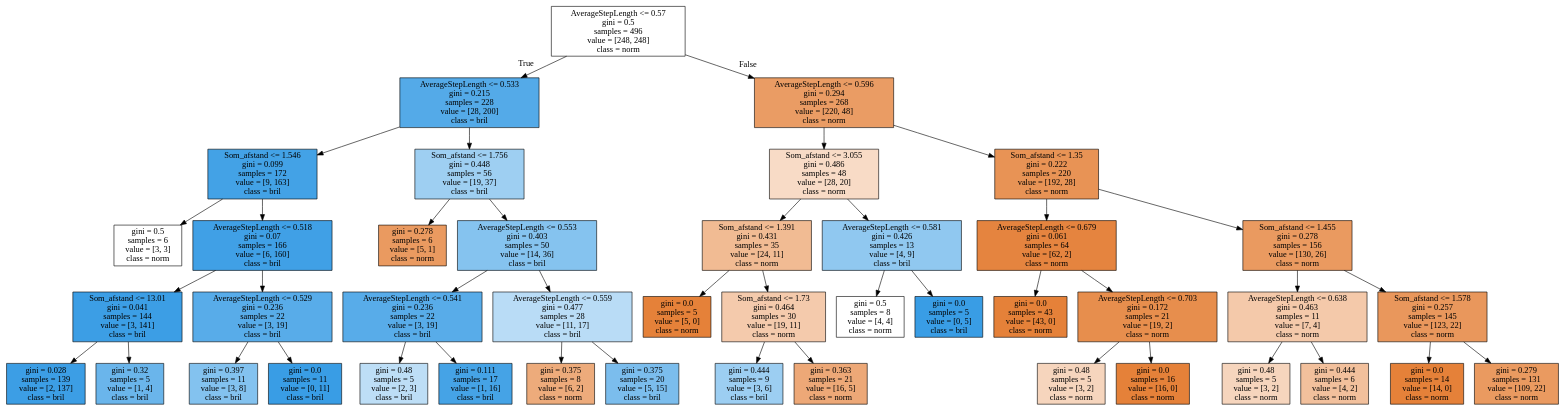
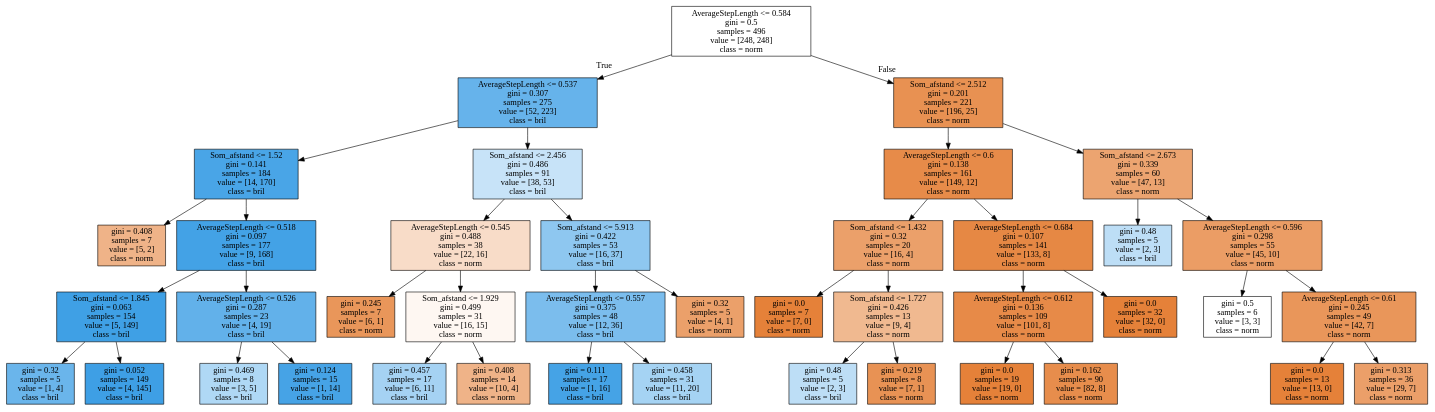
Before and after one commit to VivienvV/fallrisk: the diagram in Machine_learning/tree.dot, drawn with Graphviz. The commit also changed 7 other files, not shown here.

```diff
--- a/Machine_learning/tree.dot
+++ b/Machine_learning/tree.dot
@@ -1,88 +1,84 @@
 digraph Tree {
 node [shape=box, style="filled", color="black"] ;
-0 [label="AverageStepLength <= 0.57\ngini = 0.5\nsamples = 496\nvalue = [248, 248]\nclass = norm", fillcolor="#e5813900"] ;
-1 [label="AverageStepLength <= 0.533\ngini = 0.215\nsamples = 228\nvalue = [28, 200]\nclass = bril", fillcolor="#399de5db"] ;
+0 [label="AverageStepLength <= 0.584\ngini = 0.5\nsamples = 496\nvalue = [248, 248]\nclass = norm", fillcolor="#e5813900"] ;
+1 [label="AverageStepLength <= 0.537\ngini = 0.307\nsamples = 275\nvalue = [52, 223]\nclass = bril", fillcolor="#399de5c4"] ;
 0 -> 1 [labeldistance=2.5, labelangle=45, headlabel="True"] ;
-2 [label="Som_afstand <= 1.546\ngini = 0.099\nsamples = 172\nvalue = [9, 163]\nclass = bril", fillcolor="#399de5f1"] ;
+2 [label="Som_afstand <= 1.52\ngini = 0.141\nsamples = 184\nvalue = [14, 170]\nclass = bril", fillcolor="#399de5ea"] ;
 1 -> 2 ;
-3 [label="gini = 0.5\nsamples = 6\nvalue = [3, 3]\nclass = norm", fillcolor="#e5813900"] ;
+3 [label="gini = 0.408\nsamples = 7\nvalue = [5, 2]\nclass = norm", fillcolor="#e5813999"] ;
 2 -> 3 ;
-4 [label="AverageStepLength <= 0.518\ngini = 0.07\nsamples = 166\nvalue = [6, 160]\nclass = bril", fillcolor="#399de5f5"] ;
+4 [label="AverageStepLength <= 0.518\ngini = 0.097\nsamples = 177\nvalue = [9, 168]\nclass = bril", fillcolor="#399de5f1"] ;
 2 -> 4 ;
-5 [label="Som_afstand <= 13.01\ngini = 0.041\nsamples = 144\nvalue = [3, 141]\nclass = bril", fillcolor="#399de5fa"] ;
+5 [label="Som_afstand <= 1.845\ngini = 0.063\nsamples = 154\nvalue = [5, 149]\nclass = bril", fillcolor="#399de5f6"] ;
 4 -> 5 ;
-6 [label="gini = 0.028\nsamples = 139\nvalue = [2, 137]\nclass = bril", fillcolor="#399de5fb"] ;
+6 [label="gini = 0.32\nsamples = 5\nvalue = [1, 4]\nclass = bril", fillcolor="#399de5bf"] ;
 5 -> 6 ;
-7 [label="gini = 0.32\nsamples = 5\nvalue = [1, 4]\nclass = bril", fillcolor="#399de5bf"] ;
+7 [label="gini = 0.052\nsamples = 149\nvalue = [4, 145]\nclass = bril", fillcolor="#399de5f8"] ;
 5 -> 7 ;
-8 [label="AverageStepLength <= 0.529\ngini = 0.236\nsamples = 22\nvalue = [3, 19]\nclass = bril", fillcolor="#399de5d7"] ;
+8 [label="AverageStepLength <= 0.526\ngini = 0.287\nsamples = 23\nvalue = [4, 19]\nclass = bril", fillcolor="#399de5c9"] ;
 4 -> 8 ;
-9 [label="gini = 0.397\nsamples = 11\nvalue = [3, 8]\nclass = bril", fillcolor="#399de59f"] ;
+9 [label="gini = 0.469\nsamples = 8\nvalue = [3, 5]\nclass = bril", fillcolor="#399de566"] ;
 8 -> 9 ;
-10 [label="gini = 0.0\nsamples = 11\nvalue = [0, 11]\nclass = bril", fillcolor="#399de5ff"] ;
+10 [label="gini = 0.124\nsamples = 15\nvalue = [1, 14]\nclass = bril", fillcolor="#399de5ed"] ;
 8 -> 10 ;
-11 [label="Som_afstand <= 1.756\ngini = 0.448\nsamples = 56\nvalue = [19, 37]\nclass = bril", fillcolor="#399de57c"] ;
+11 [label="Som_afstand <= 2.456\ngini = 0.486\nsamples = 91\nvalue = [38, 53]\nclass = bril", fillcolor="#399de548"] ;
 1 -> 11 ;
-12 [label="gini = 0.278\nsamples = 6\nvalue = [5, 1]\nclass = norm", fillcolor="#e58139cc"] ;
+12 [label="AverageStepLength <= 0.545\ngini = 0.488\nsamples = 38\nvalue = [22, 16]\nclass = norm", fillcolor="#e5813946"] ;
 11 -> 12 ;
-13 [label="AverageStepLength <= 0.553\ngini = 0.403\nsamples = 50\nvalue = [14, 36]\nclass = bril", fillcolor="#399de59c"] ;
-11 -> 13 ;
-14 [label="AverageStepLength <= 0.541\ngini = 0.236\nsamples = 22\nvalue = [3, 19]\nclass = bril", fillcolor="#399de5d7"] ;
-13 -> 14 ;
-15 [label="gini = 0.48\nsamples = 5\nvalue = [2, 3]\nclass = bril", fillcolor="#399de555"] ;
+13 [label="gini = 0.245\nsamples = 7\nvalue = [6, 1]\nclass = norm", fillcolor="#e58139d4"] ;
+12 -> 13 ;
+14 [label="Som_afstand <= 1.929\ngini = 0.499\nsamples = 31\nvalue = [16, 15]\nclass = norm", fillcolor="#e5813910"] ;
+12 -> 14 ;
+15 [label="gini = 0.457\nsamples = 17\nvalue = [6, 11]\nclass = bril", fillcolor="#399de574"] ;
 14 -> 15 ;
-16 [label="gini = 0.111\nsamples = 17\nvalue = [1, 16]\nclass = bril", fillcolor="#399de5ef"] ;
+16 [label="gini = 0.408\nsamples = 14\nvalue = [10, 4]\nclass = norm", fillcolor="#e5813999"] ;
 14 -> 16 ;
-17 [label="AverageStepLength <= 0.559\ngini = 0.477\nsamples = 28\nvalue = [11, 17]\nclass = bril", fillcolor="#399de55a"] ;
-13 -> 17 ;
-18 [label="gini = 0.375\nsamples = 8\nvalue = [6, 2]\nclass = norm", fillcolor="#e58139aa"] ;
+17 [label="Som_afstand <= 5.913\ngini = 0.422\nsamples = 53\nvalue = [16, 37]\nclass = bril", fillcolor="#399de591"] ;
+11 -> 17 ;
+18 [label="AverageStepLength <= 0.557\ngini = 0.375\nsamples = 48\nvalue = [12, 36]\nclass = bril", fillcolor="#399de5aa"] ;
 17 -> 18 ;
-19 [label="gini = 0.375\nsamples = 20\nvalue = [5, 15]\nclass = bril", fillcolor="#399de5aa"] ;
-17 -> 19 ;
-20 [label="AverageStepLength <= 0.596\ngini = 0.294\nsamples = 268\nvalue = [220, 48]\nclass = norm", fillcolor="#e58139c7"] ;
-0 -> 20 [labeldistance=2.5, labelangle=-45, headlabel="False"] ;
-21 [label="Som_afstand <= 3.055\ngini = 0.486\nsamples = 48\nvalue = [28, 20]\nclass = norm", fillcolor="#e5813949"] ;
-20 -> 21 ;
-22 [label="Som_afstand <= 1.391\ngini = 0.431\nsamples = 35\nvalue = [24, 11]\nclass = norm", fillcolor="#e581398a"] ;
-21 -> 22 ;
-23 [label="gini = 0.0\nsamples = 5\nvalue = [5, 0]\nclass = norm", fillcolor="#e58139ff"] ;
+19 [label="gini = 0.111\nsamples = 17\nvalue = [1, 16]\nclass = bril", fillcolor="#399de5ef"] ;
+18 -> 19 ;
+20 [label="gini = 0.458\nsamples = 31\nvalue = [11, 20]\nclass = bril", fillcolor="#399de573"] ;
+18 -> 20 ;
+21 [label="gini = 0.32\nsamples = 5\nvalue = [4, 1]\nclass = norm", fillcolor="#e58139bf"] ;
+17 -> 21 ;
+22 [label="Som_afstand <= 2.512\ngini = 0.201\nsamples = 221\nvalue = [196, 25]\nclass = norm", fillcolor="#e58139de"] ;
+0 -> 22 [labeldistance=2.5, labelangle=-45, headlabel="False"] ;
+23 [label="AverageStepLength <= 0.6\ngini = 0.138\nsamples = 161\nvalue = [149, 12]\nclass = norm", fillcolor="#e58139ea"] ;
 22 -> 23 ;
-24 [label="Som_afstand <= 1.73\ngini = 0.464\nsamples = 30\nvalue = [19, 11]\nclass = norm", fillcolor="#e581396b"] ;
-22 -> 24 ;
-25 [label="gini = 0.444\nsamples = 9\nvalue = [3, 6]\nclass = bril", fillcolor="#399de57f"] ;
+24 [label="Som_afstand <= 1.432\ngini = 0.32\nsamples = 20\nvalue = [16, 4]\nclass = norm", fillcolor="#e58139bf"] ;
+23 -> 24 ;
+25 [label="gini = 0.0\nsamples = 7\nvalue = [7, 0]\nclass = norm", fillcolor="#e58139ff"] ;
 24 -> 25 ;
-26 [label="gini = 0.363\nsamples = 21\nvalue = [16, 5]\nclass = norm", fillcolor="#e58139af"] ;
+26 [label="Som_afstand <= 1.727\ngini = 0.426\nsamples = 13\nvalue = [9, 4]\nclass = norm", fillcolor="#e581398e"] ;
 24 -> 26 ;
-27 [label="AverageStepLength <= 0.581\ngini = 0.426\nsamples = 13\nvalue = [4, 9]\nclass = bril", fillcolor="#399de58e"] ;
-21 -> 27 ;
-28 [label="gini = 0.5\nsamples = 8\nvalue = [4, 4]\nclass = norm", fillcolor="#e5813900"] ;
-27 -> 28 ;
-29 [label="gini = 0.0\nsamples = 5\nvalue = [0, 5]\nclass = bril", fillcolor="#399de5ff"] ;
-27 -> 29 ;
-30 [label="Som_afstand <= 1.35\ngini = 0.222\nsamples = 220\nvalue = [192, 28]\nclass = norm", fillcolor="#e58139da"] ;
-20 -> 30 ;
-31 [label="AverageStepLength <= 0.679\ngini = 0.061\nsamples = 64\nvalue = [62, 2]\nclass = norm", fillcolor="#e58139f7"] ;
+27 [label="gini = 0.48\nsamples = 5\nvalue = [2, 3]\nclass = bril", fillcolor="#399de555"] ;
+26 -> 27 ;
+28 [label="gini = 0.219\nsamples = 8\nvalue = [7, 1]\nclass = norm", fillcolor="#e58139db"] ;
+26 -> 28 ;
+29 [label="AverageStepLength <= 0.684\ngini = 0.107\nsamples = 141\nvalue = [133, 8]\nclass = norm", fillcolor="#e58139f0"] ;
+23 -> 29 ;
+30 [label="AverageStepLength <= 0.612\ngini = 0.136\nsamples = 109\nvalue = [101, 8]\nclass = norm", fillcolor="#e58139eb"] ;
+29 -> 30 ;
+31 [label="gini = 0.0\nsamples = 19\nvalue = [19, 0]\nclass = norm", fillcolor="#e58139ff"] ;
 30 -> 31 ;
-32 [label="gini = 0.0\nsamples = 43\nvalue = [43, 0]\nclass = norm", fillcolor="#e58139ff"] ;
-31 -> 32 ;
-33 [label="AverageStepLength <= 0.703\ngini = 0.172\nsamples = 21\nvalue = [19, 2]\nclass = norm", fillcolor="#e58139e4"] ;
-31 -> 33 ;
-34 [label="gini = 0.48\nsamples = 5\nvalue = [3, 2]\nclass = norm", fillcolor="#e5813955"] ;
-33 -> 34 ;
-35 [label="gini = 0.0\nsamples = 16\nvalue = [16, 0]\nclass = norm", fillcolor="#e58139ff"] ;
-33 -> 35 ;
-36 [label="Som_afstand <= 1.455\ngini = 0.278\nsamples = 156\nvalue = [130, 26]\nclass = norm", fillcolor="#e58139cc"] ;
-30 -> 36 ;
-37 [label="AverageStepLength <= 0.638\ngini = 0.463\nsamples = 11\nvalue = [7, 4]\nclass = norm", fillcolor="#e581396d"] ;
+32 [label="gini = 0.162\nsamples = 90\nvalue = [82, 8]\nclass = norm", fillcolor="#e58139e6"] ;
+30 -> 32 ;
+33 [label="gini = 0.0\nsamples = 32\nvalue = [32, 0]\nclass = norm", fillcolor="#e58139ff"] ;
+29 -> 33 ;
+34 [label="Som_afstand <= 2.673\ngini = 0.339\nsamples = 60\nvalue = [47, 13]\nclass = norm", fillcolor="#e58139b8"] ;
+22 -> 34 ;
+35 [label="gini = 0.48\nsamples = 5\nvalue = [2, 3]\nclass = bril", fillcolor="#399de555"] ;
+34 -> 35 ;
+36 [label="AverageStepLength <= 0.596\ngini = 0.298\nsamples = 55\nvalue = [45, 10]\nclass = norm", fillcolor="#e58139c6"] ;
+34 -> 36 ;
+37 [label="gini = 0.5\nsamples = 6\nvalue = [3, 3]\nclass = norm", fillcolor="#e5813900"] ;
 36 -> 37 ;
-38 [label="gini = 0.48\nsamples = 5\nvalue = [3, 2]\nclass = norm", fillcolor="#e5813955"] ;
-37 -> 38 ;
-39 [label="gini = 0.444\nsamples = 6\nvalue = [4, 2]\nclass = norm", fillcolor="#e581397f"] ;
-37 -> 39 ;
-40 [label="Som_afstand <= 1.578\ngini = 0.257\nsamples = 145\nvalue = [123, 22]\nclass = norm", fillcolor="#e58139d1"] ;
-36 -> 40 ;
-41 [label="gini = 0.0\nsamples = 14\nvalue = [14, 0]\nclass = norm", fillcolor="#e58139ff"] ;
-40 -> 41 ;
-42 [label="gini = 0.279\nsamples = 131\nvalue = [109, 22]\nclass = norm", fillcolor="#e58139cc"] ;
-40 -> 42 ;
+38 [label="AverageStepLength <= 0.61\ngini = 0.245\nsamples = 49\nvalue = [42, 7]\nclass = norm", fillcolor="#e58139d4"] ;
+36 -> 38 ;
+39 [label="gini = 0.0\nsamples = 13\nvalue = [13, 0]\nclass = norm", fillcolor="#e58139ff"] ;
+38 -> 39 ;
+40 [label="gini = 0.313\nsamples = 36\nvalue = [29, 7]\nclass = norm", fillcolor="#e58139c1"] ;
+38 -> 40 ;
 }
```
